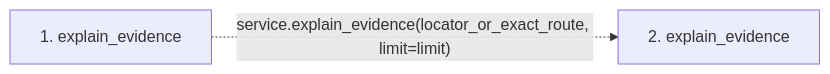
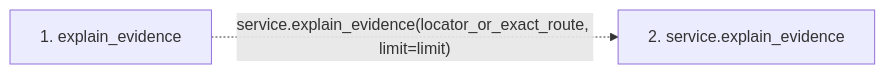
One commit to Denissvgn/python-wiki-llm changed the second of 2 diagrams in docs/llm_wiki/flows/mcp-explain_evidence.md. Above: the diagram before and after it, drawn with Mermaid. The commit also changed other lines of this file and 719 other files, not shown here.

````diff
--- a/docs/llm_wiki/flows/mcp-explain_evidence.md
+++ b/docs/llm_wiki/flows/mcp-explain_evidence.md
@@ -19,7 +20,7 @@
 ```mermaid
 flowchart LR
     s1["1. explain_evidence"]
-    s2["2. explain_evidence"]
+    s2["2. service.explain_evidence"]
     s1 -. "service.explain_evidence(locator_or_exact_route, limit=limit)" .-> s2
     click s1 "../modules/mcp_server.md"
 ```
````
